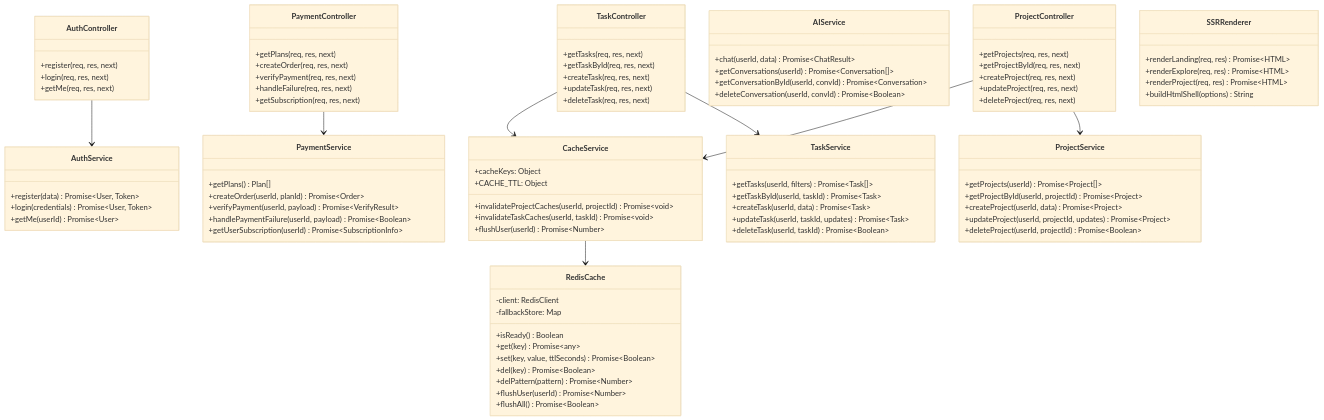
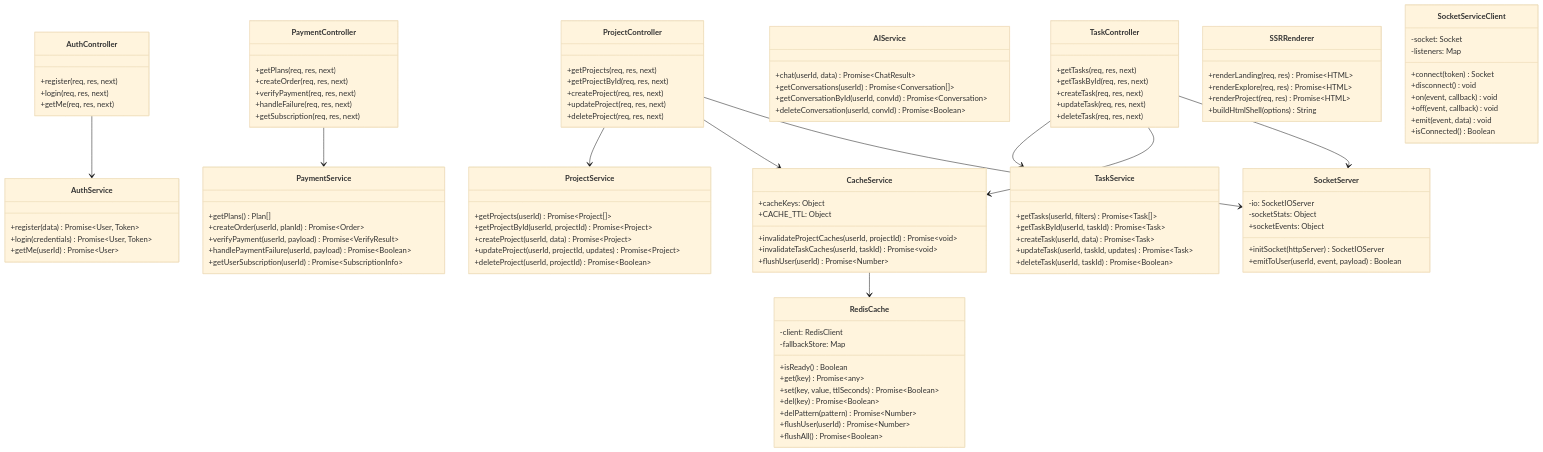
The first of 3 diagrams in docs/LLD.md (Avenash005/Dev-Track), drawn with Mermaid (base theme) before and after one commit. The commit also changed other lines of this file and 20 other files, not shown here.

````diff
--- a/docs/LLD.md
+++ b/docs/LLD.md
@@ -106,11 +106,32 @@
         +flushUser(userId) Promise~Number~
     }
 
+    class SocketServer {
+        -io: SocketIOServer
+        -socketStats: Object
+        +initSocket(httpServer) SocketIOServer
+        +emitToUser(userId, event, payload) Boolean
+        +socketEvents: Object
+    }
+
+    class SocketServiceClient {
+        -socket: Socket
+        -listeners: Map
+        +connect(token) Socket
+        +disconnect() void
+        +on(event, callback) void
+        +off(event, callback) void
+        +emit(event, data) void
+        +isConnected() Boolean
+    }
+
     AuthController --> AuthService
     ProjectController --> ProjectService
     ProjectController --> CacheService
+    ProjectController --> SocketServer
     TaskController --> TaskService
     TaskController --> CacheService
+    TaskController --> SocketServer
     PaymentController --> PaymentService
     CacheService --> RedisCache
 ```
````
